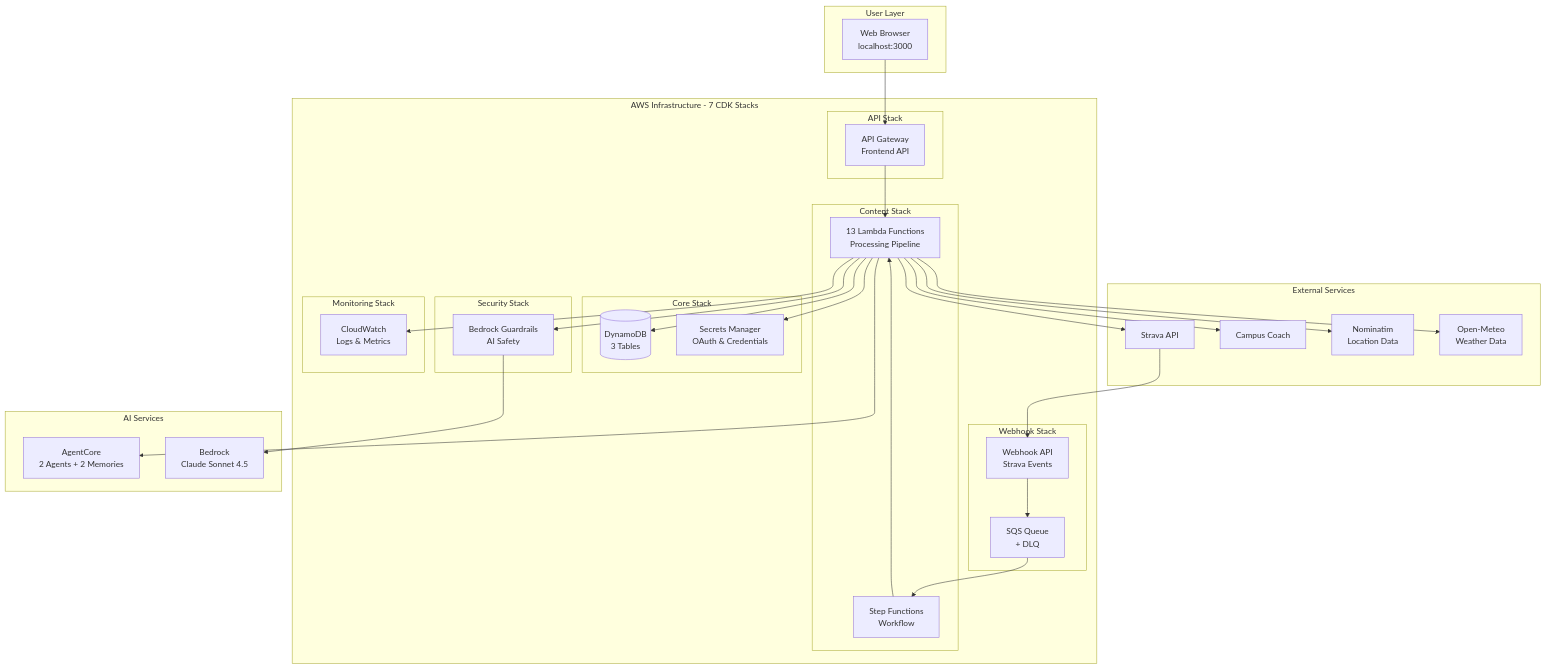
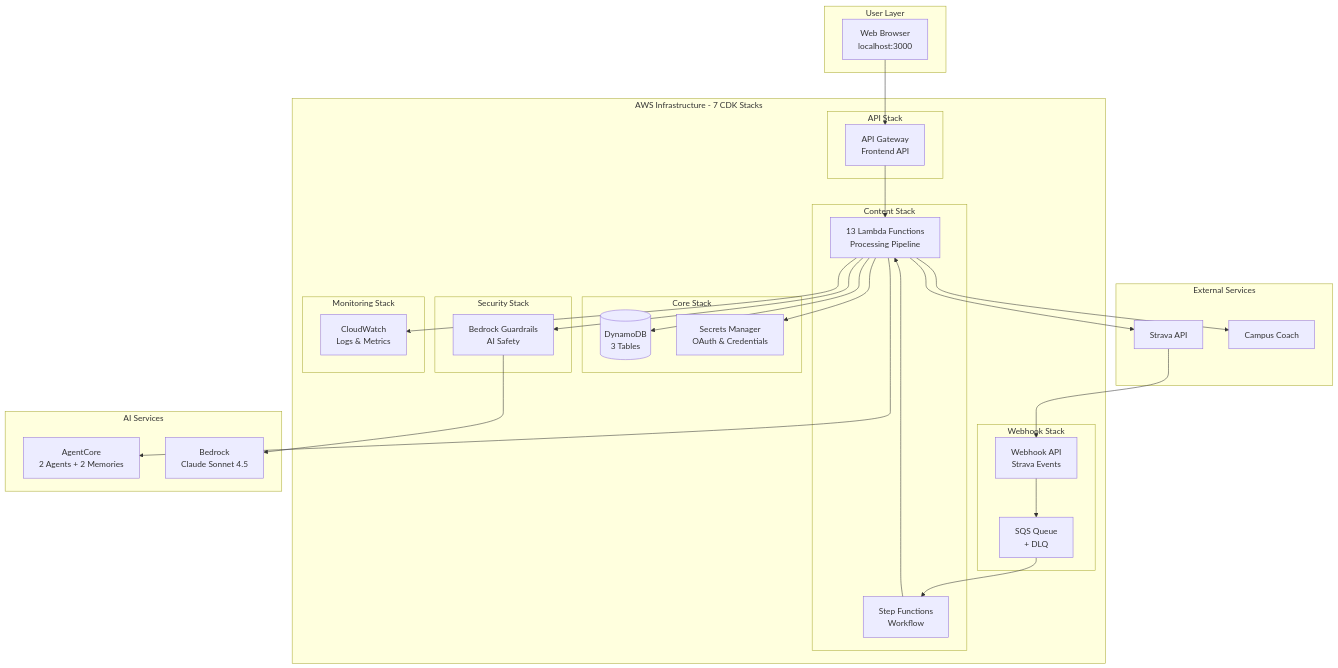
The first of 2 diagrams in README.md (el-pedrito/strava-ai-boost), drawn with Mermaid before and after one commit. The commit also changed other lines of this file and 2 other files, not shown here.

Commit message:
refactor: remove dead Nominatim and Open-Meteo API calls
These APIs fetched location and weather data but the content generator
never consumed the results. Enduraw already provides weather/wind data
when enabled. Removes ~130 lines of unused code and 2 external HTTP
calls per activity, reducing latency and complexity.

````diff
--- a/README.md
+++ b/README.md
@@ -164,67 +164,63 @@
 ```mermaid
 graph TB
     subgraph "User Layer"
         Browser[Web Browser<br/>localhost:3000]
     end
 
     subgraph "AWS Infrastructure - 7 CDK Stacks"
         subgraph "Core Stack"
             DDB[(DynamoDB<br/>3 Tables)]
             Secrets[Secrets Manager<br/>OAuth & Credentials]
         end
 
         subgraph "Security Stack"
             Guardrails[Bedrock Guardrails<br/>AI Safety]
         end
 
         subgraph "Webhook Stack"
             WebhookAPI[Webhook API<br/>Strava Events]
             SQS[SQS Queue<br/>+ DLQ]
         end
 
         subgraph "Content Stack"
             SF[Step Functions<br/>Workflow]
             Lambda13[13 Lambda Functions<br/>Processing Pipeline]
         end
 
         subgraph "API Stack"
             APIGW[API Gateway<br/>Frontend API]
         end
 
         subgraph "Monitoring Stack"
             CW[CloudWatch<br/>Logs & Metrics]
         end
     end
 
     subgraph "AI Services"
         AgentCore[AgentCore<br/>2 Agents + 2 Memories]
         Bedrock[Bedrock<br/>Claude Sonnet 4.5]
     end
 
     subgraph "External Services"
         Strava[Strava API]
         Campus[Campus Coach]
-        Nominatim[Nominatim<br/>Location Data]
-        OpenMeteo[Open-Meteo<br/>Weather Data]
     end
 
     Browser --> APIGW
     APIGW --> Lambda13
     Lambda13 --> DDB
     Lambda13 --> Secrets
 
     Strava --> WebhookAPI
     WebhookAPI --> SQS
     SQS --> SF
     SF --> Lambda13
 
     Lambda13 --> Guardrails
     Guardrails --> Bedrock
     Lambda13 --> AgentCore
     Lambda13 --> Strava
     Lambda13 --> Campus
-    Lambda13 --> Nominatim
-    Lambda13 --> OpenMeteo
 
     Lambda13 --> CW
 ```
````
